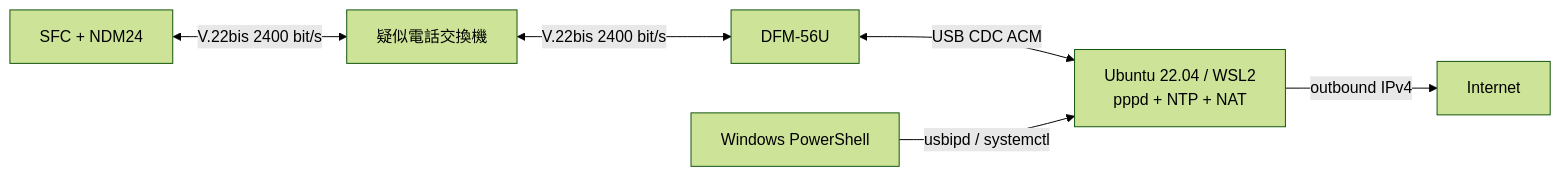
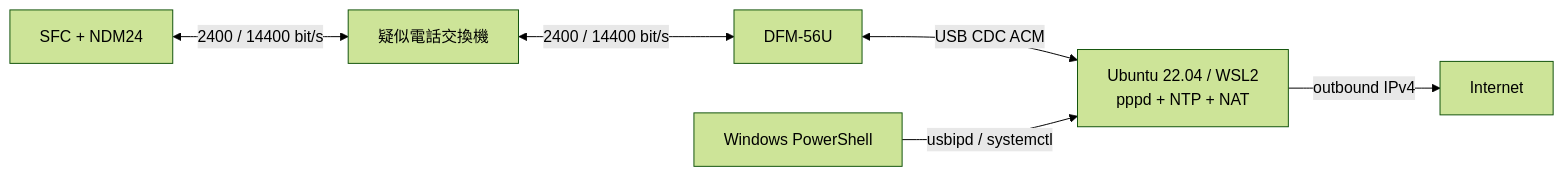
The diagram in docs/ppp-server.md (mucho613/snes-modem-control), drawn with Mermaid (forest theme) before and after one commit. The commit also changed other lines of this file and 6 other files, not shown here.

````diff
--- a/docs/ppp-server.md
+++ b/docs/ppp-server.md
@@ -11,8 +11,8 @@
 ```mermaid
 flowchart LR
-    S["SFC + NDM24"] <-->|"V.22bis 2400 bit/s"| X["疑似電話交換機"]
-    X <-->|"V.22bis 2400 bit/s"| D["DFM-56U"]
+    S["SFC + NDM24"] <-->|"2400 / 14400 bit/s"| X["疑似電話交換機"]
+    X <-->|"2400 / 14400 bit/s"| D["DFM-56U"]
     D <-->|"USB CDC ACM"| W["Ubuntu 22.04 / WSL2<br/>pppd + NTP + NAT"]
     P["Windows PowerShell"] -->|"usbipd / systemctl"| W
     W -->|"outbound IPv4"| I["Internet"]
 ```
````
